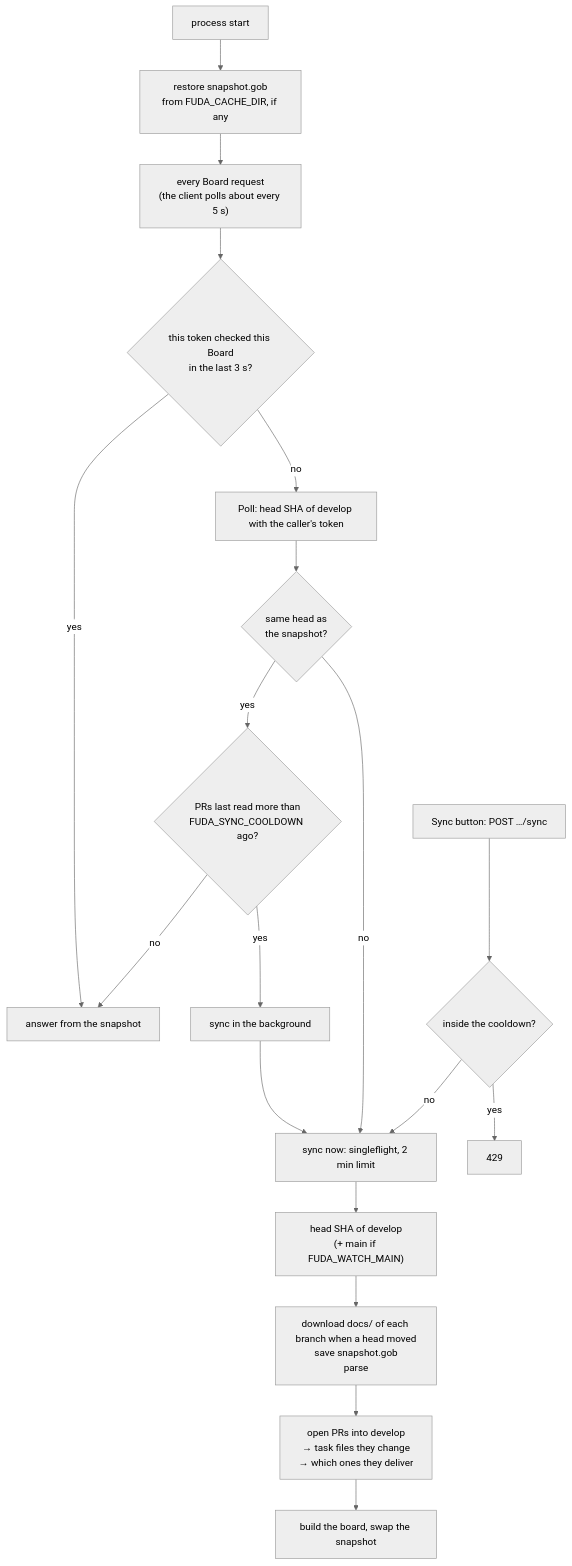
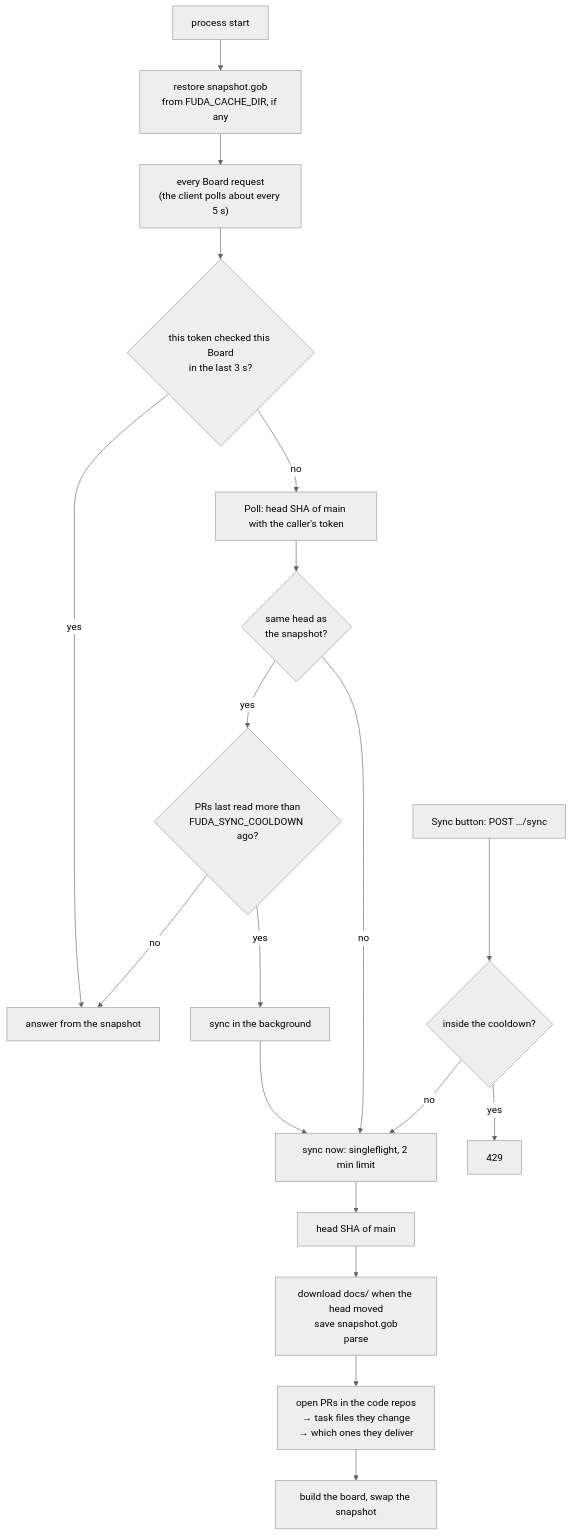
One commit to milos-sikic-nimbus-tech/fuda changed the third of 6 diagrams in docs/architecture.md. Above: the diagram before and after it, drawn with Mermaid (neutral theme). The commit also changed other lines of this file and 42 other files, not shown here.

````diff
--- a/docs/architecture.md
+++ b/docs/architecture.md
@@ -167,17 +165,17 @@
 ```mermaid
 flowchart TD
   START["process start"] --> R["restore snapshot.gob<br/>from FUDA_CACHE_DIR, if any"] --> REQ
   REQ["every Board request<br/>(the client polls about every 5 s)"] --> GATE{"this token checked this Board<br/>in the last 3 s?"}
   GATE -- yes --> ANS
-  GATE -- no --> H["Poll: head SHA of develop with the caller's token"]
+  GATE -- no --> H["Poll: head SHA of main with the caller's token"]
   H --> SAME{"same head as<br/>the snapshot?"}
   SAME -- yes --> DUE{"PRs last read more than<br/>FUDA_SYNC_COOLDOWN ago?"}
   DUE -- yes --> BG["sync in the background"] --> S
   DUE -- no --> ANS["answer from the snapshot"]
   SAME -- no --> S["sync now: singleflight, 2 min limit"]
   B["Sync button: POST …/sync"] --> BC{"inside the cooldown?"}
   BC -- yes --> TMR["429"]
   BC -- no --> S
-  S --> HM["head SHA of develop<br/>(+ main if FUDA_WATCH_MAIN)"] --> F["download docs/ of each branch when a head moved<br/>save snapshot.gob<br/>parse"] --> PRS
-  PRS["open PRs into develop<br/>→ task files they change<br/>→ which ones they deliver"] --> SWAP["build the board, swap the snapshot"]
+  S --> HM["head SHA of main"] --> F["download docs/ when the head moved<br/>save snapshot.gob<br/>parse"] --> PRS
+  PRS["open PRs in the code repos<br/>→ task files they change<br/>→ which ones they deliver"] --> SWAP["build the board, swap the snapshot"]
 ```
````
